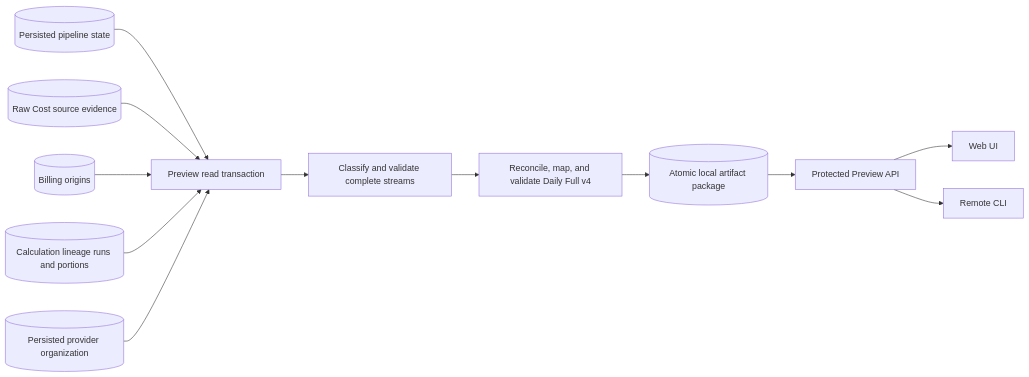
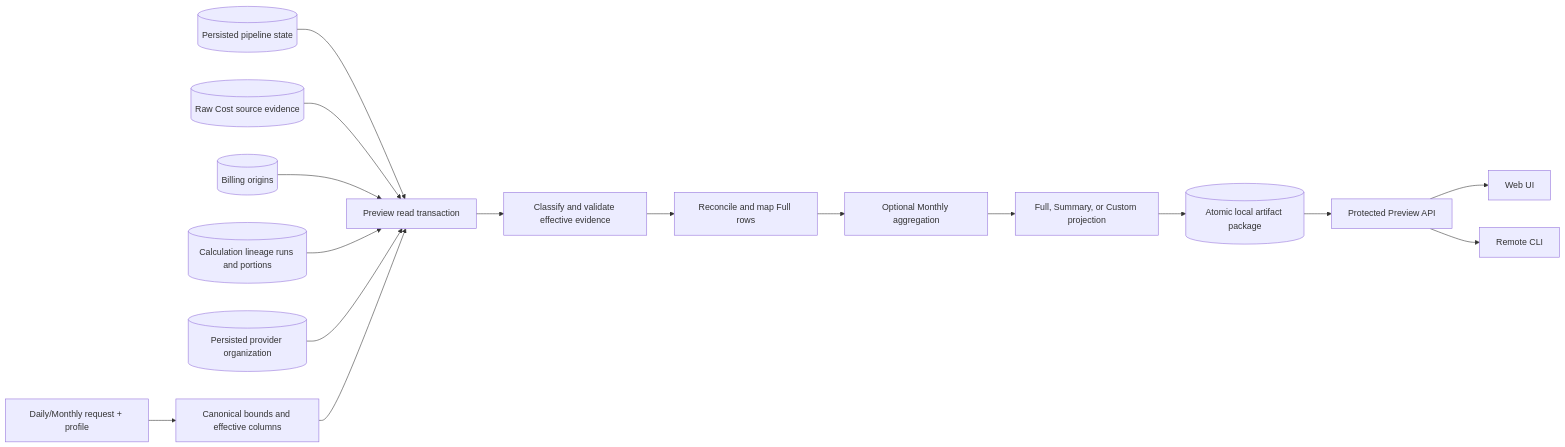
The second of 2 diagrams in docs/architecture/data-flow.md (waliaabhishek/chitragupta), drawn with Mermaid before and after one commit. The commit also changed other lines of this file and 46 other files, not shown here.

````diff
--- a/docs/architecture/data-flow.md
+++ b/docs/architecture/data-flow.md
@@ -141,14 +141,18 @@
 ```mermaid
 flowchart LR
+    REQ[Daily/Monthly request + profile] --> CAN[Canonical bounds and effective columns]
     PS[(Persisted pipeline state)] --> PR[Preview read transaction]
     SRC[(Raw Cost source evidence)] --> PR
     BILL[(Billing origins)] --> PR
     LINE[(Calculation lineage runs and portions)] --> PR
     ORG[(Persisted provider organization)] --> PR
-    PR --> READY[Classify and validate complete streams]
-    READY --> MAP[Reconcile, map, and validate Daily Full v4]
-    MAP --> ART[(Atomic local artifact package)]
+    CAN --> PR
+    PR --> READY[Classify and validate effective evidence]
+    READY --> MAP[Reconcile and map Full rows]
+    MAP --> MONTH[Optional Monthly aggregation]
+    MONTH --> PROJ[Full, Summary, or Custom projection]
+    PROJ --> ART[(Atomic local artifact package)]
     ART --> API[Protected Preview API]
     API --> UI[Web UI]
     API --> CLI[Remote CLI]
 ```
````
